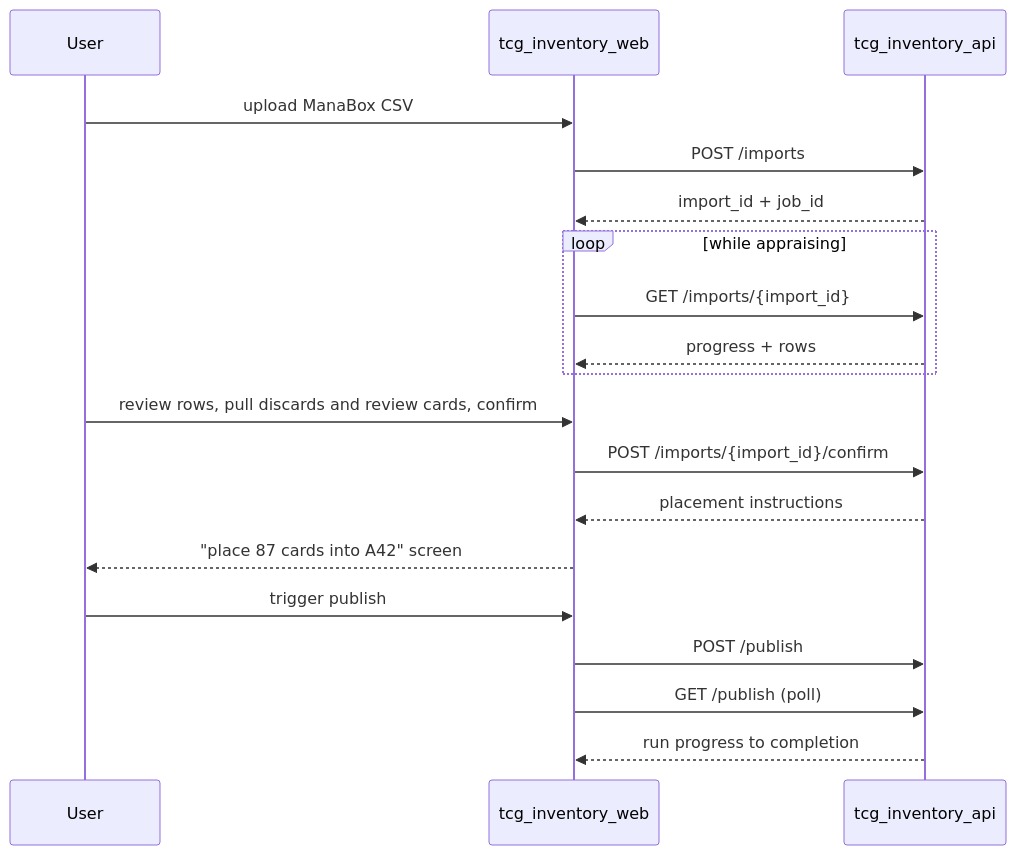
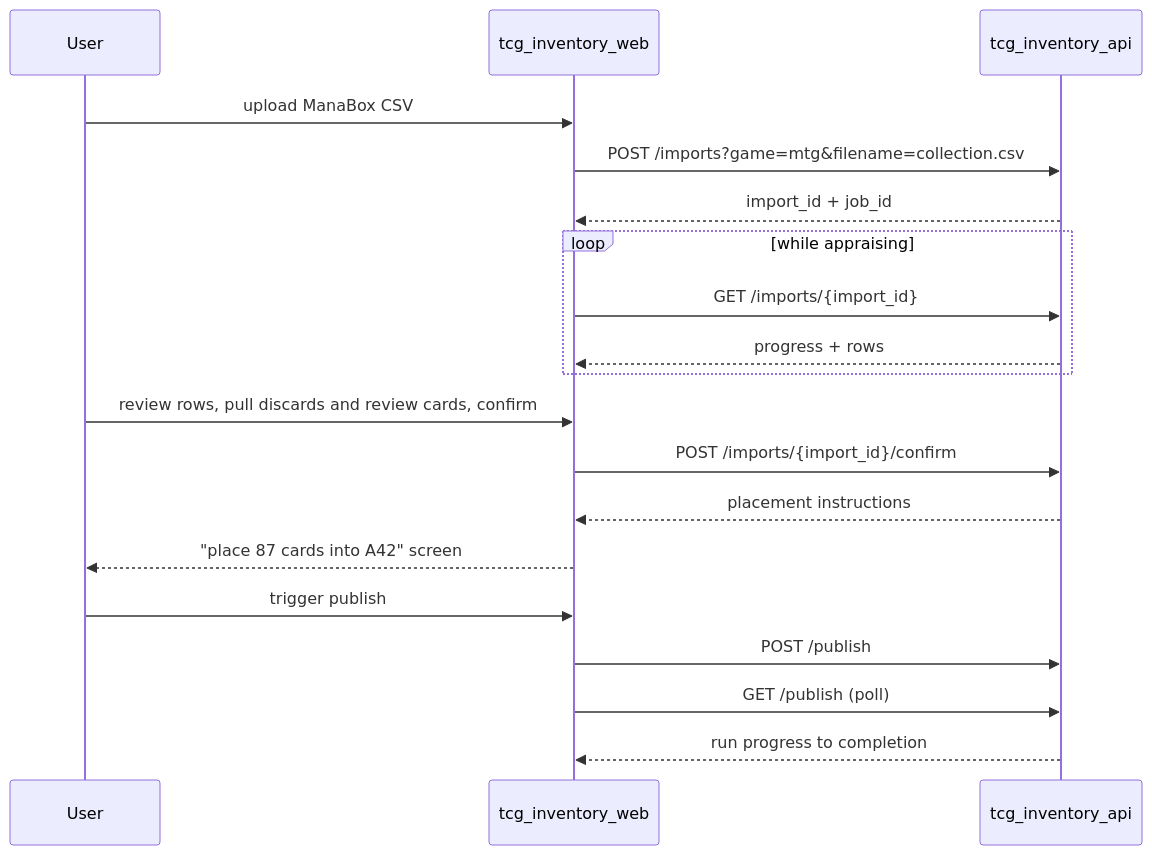
One commit to jordansimsmith/jordansimsmith-com changed the second of 3 diagrams in tcg_inventory_web/README.md. Above: the diagram before and after it, drawn with Mermaid. The commit also changed other lines of this file and 34 other files, not shown here.

Commit message:
Add game registry and pass game to imports

````diff
--- a/tcg_inventory_web/README.md
+++ b/tcg_inventory_web/README.md
@@ -73,22 +73,22 @@
 ```mermaid
 sequenceDiagram
   participant user as User
   participant web as tcg_inventory_web
   participant api as tcg_inventory_api
 
   user->>web: upload ManaBox CSV
-  web->>api: POST /imports
+  web->>api: POST /imports?game=mtg&filename=collection.csv
   api-->>web: import_id + job_id
   loop while appraising
     web->>api: GET /imports/{import_id}
     api-->>web: progress + rows
   end
   user->>web: review rows, pull discards and review cards, confirm
   web->>api: POST /imports/{import_id}/confirm
   api-->>web: placement instructions
   web-->>user: "place 87 cards into A42" screen
   user->>web: trigger publish
   web->>api: POST /publish
   web->>api: GET /publish (poll)
   api-->>web: run progress to completion
 ```
````
